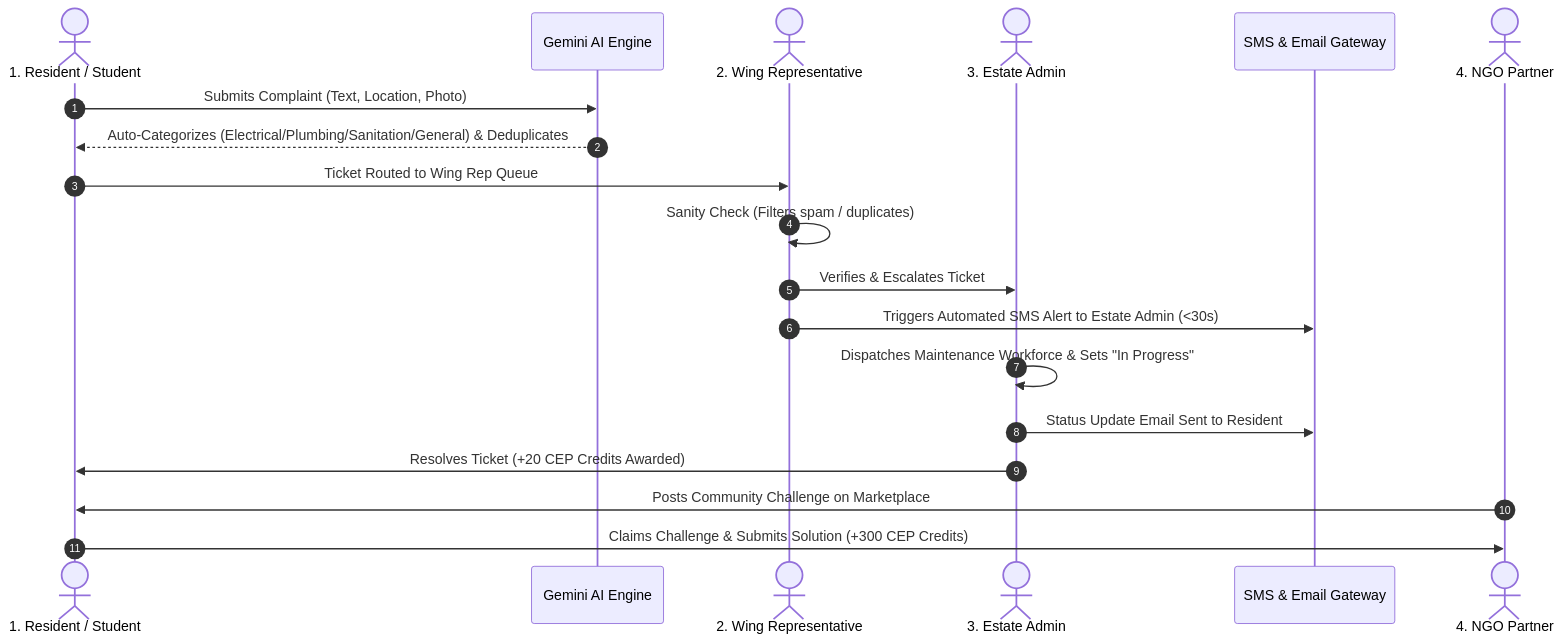
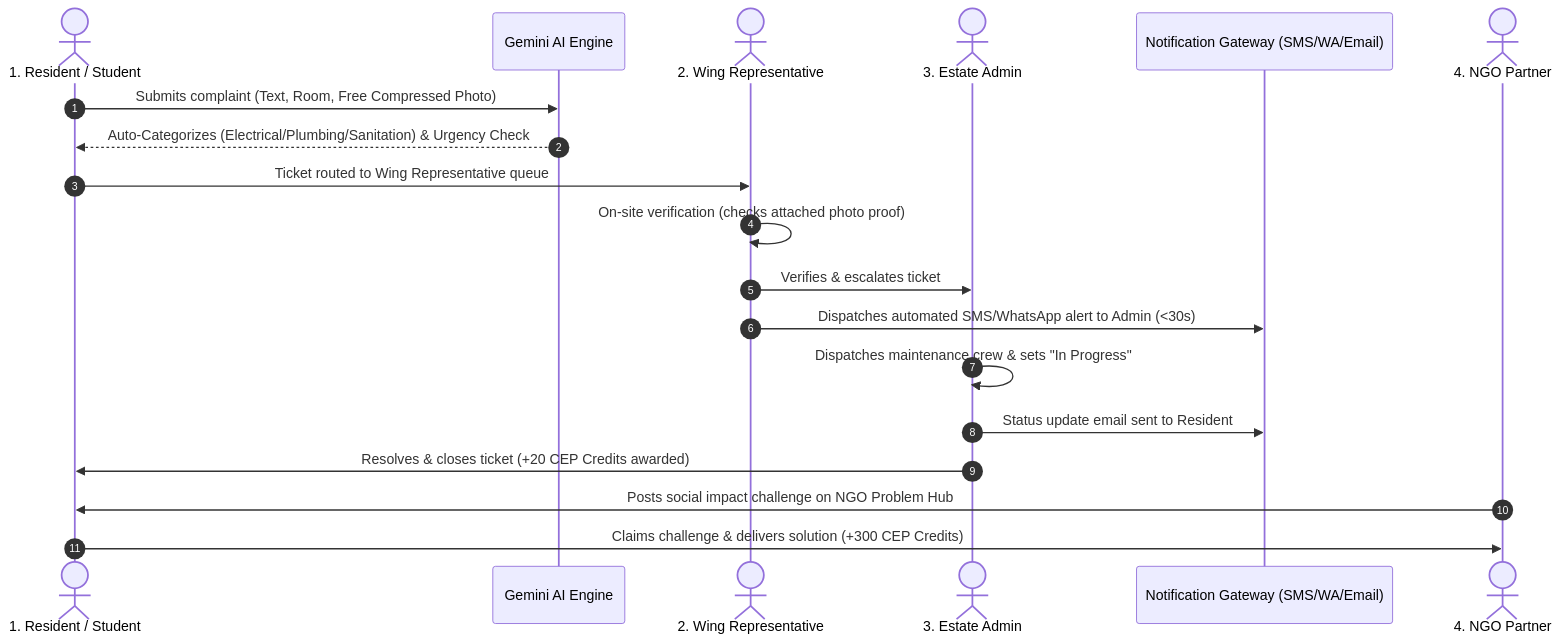
One commit to Aryan010N/CEP changed the diagram in README.md. Above: the diagram before and after it, drawn with Mermaid. The commit also changed other lines of this file and 17 other files, not shown here.

Commit message:
feat: complete removal of demo mode, fix real-time ticket status transitions, free image canvas compression, and dynamic nomenclature

````diff
--- a/README.md
+++ b/README.md
@@ -21,22 +36,22 @@
 ```mermaid
 sequenceDiagram
     autonumber
     actor Resident as 1. Resident / Student
     participant AI as Gemini AI Engine
     actor WingRep as 2. Wing Representative
     actor Admin as 3. Estate Admin
-    participant Notif as SMS & Email Gateway
+    participant Notif as Notification Gateway (SMS/WA/Email)
     actor NGO as 4. NGO Partner
 
-    Resident->>AI: Submits Complaint (Text, Location, Photo)
-    AI-->>Resident: Auto-Categorizes (Electrical/Plumbing/Sanitation/General) & Deduplicates
-    Resident->>WingRep: Ticket Routed to Wing Rep Queue
-    WingRep->>WingRep: Sanity Check (Filters spam / duplicates)
-    WingRep->>Admin: Verifies & Escalates Ticket
-    WingRep->>Notif: Triggers Automated SMS Alert to Estate Admin (<30s)
-    Admin->>Admin: Dispatches Maintenance Workforce & Sets "In Progress"
-    Admin->>Notif: Status Update Email Sent to Resident
-    Admin->>Resident: Resolves Ticket (+20 CEP Credits Awarded)
-    NGO->>Resident: Posts Community Challenge on Marketplace
-    Resident->>NGO: Claims Challenge & Submits Solution (+300 CEP Credits)
+    Resident->>AI: Submits complaint (Text, Room, Free Compressed Photo)
+    AI-->>Resident: Auto-Categorizes (Electrical/Plumbing/Sanitation) & Urgency Check
+    Resident->>WingRep: Ticket routed to Wing Representative queue
+    WingRep->>WingRep: On-site verification (checks attached photo proof)
+    WingRep->>Admin: Verifies & escalates ticket
+    WingRep->>Notif: Dispatches automated SMS/WhatsApp alert to Admin (<30s)
+    Admin->>Admin: Dispatches maintenance crew & sets "In Progress"
+    Admin->>Notif: Status update email sent to Resident
+    Admin->>Resident: Resolves & closes ticket (+20 CEP Credits awarded)
+    NGO->>Resident: Posts social impact challenge on NGO Problem Hub
+    Resident->>NGO: Claims challenge & delivers solution (+300 CEP Credits)
 ```
````
